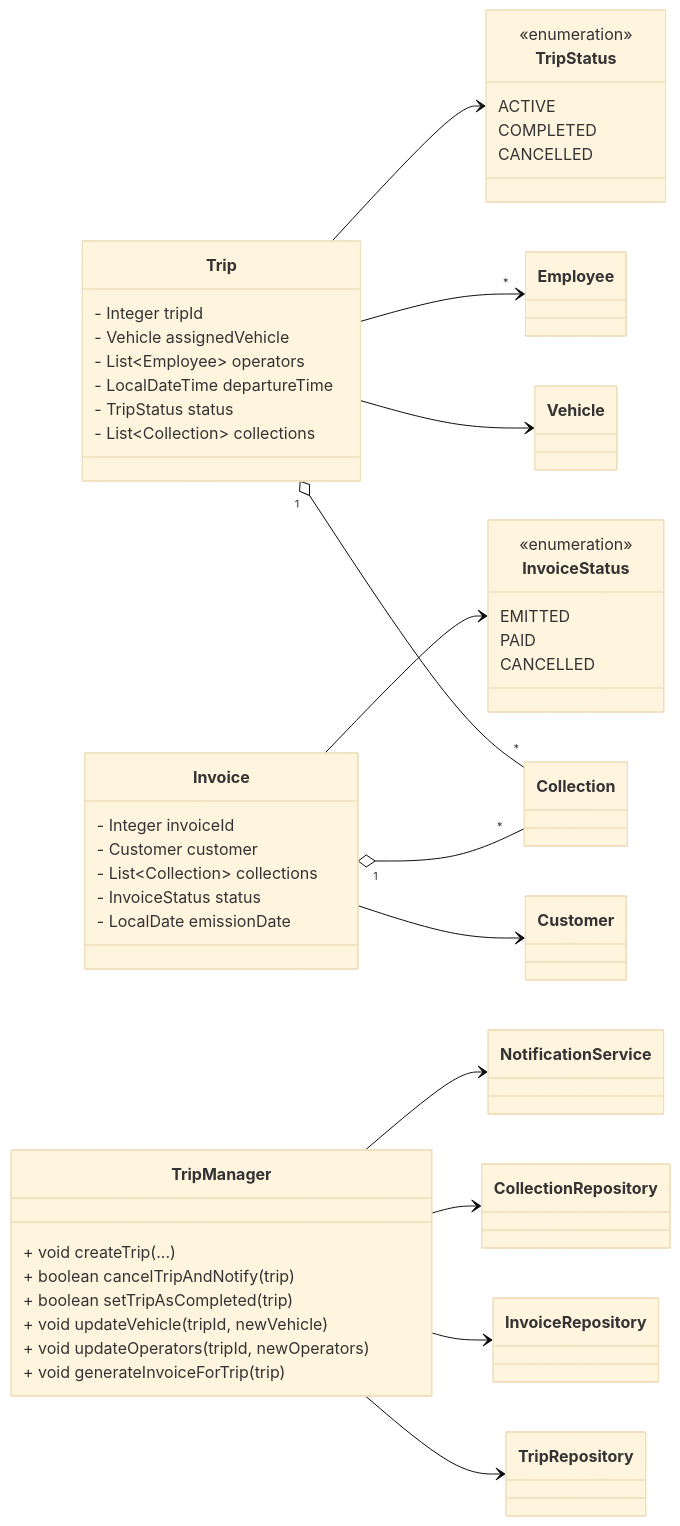
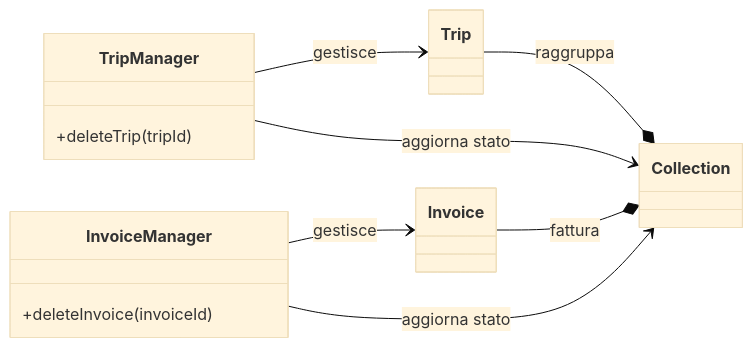
Before and after one commit to Alex-Cambrini/pss24-25-WasteMaster-Cambrini-Ferrari-Ragazzini: diagram 12 of 14 in report.md, drawn with Mermaid (base theme). The commit also changed other lines of this file, not shown here.

````diff
--- a/report.md
+++ b/report.md
@@ -811,64 +793,21 @@
 ```mermaid
 classDiagram
-  direction LR
+    direction LR
 
-  class Trip {
-    - Integer tripId
-    - Vehicle assignedVehicle
-    - List~Employee~ operators
-    - LocalDateTime departureTime
-    - TripStatus status
-    - List~Collection~ collections
-  }
+    class TripManager {
+      +deleteTrip(tripId)
+    }
+    class InvoiceManager {
+      +deleteInvoice(invoiceId)
+    }
+    class Trip
+    class Invoice
+    class Collection
 
-  class Invoice {
-    - Integer invoiceId
-    - Customer customer
-    - List~Collection~ collections
-    - InvoiceStatus status
-    - LocalDate emissionDate
-  }
-
-  class TripManager {
-    + void createTrip(...)
-    + boolean cancelTripAndNotify(trip)
-    + boolean setTripAsCompleted(trip)
-    + void updateVehicle(tripId, newVehicle)
-    + void updateOperators(tripId, newOperators)
-    + void generateInvoiceForTrip(trip)
-  }
-
-  class TripRepository
-  class InvoiceRepository
-  class CollectionRepository
-  class Vehicle
-  class Employee
-  class Customer
-  class NotificationService
-
-  class TripStatus {
-    <<enumeration>>
-    ACTIVE
-    COMPLETED
-    CANCELLED
-  }
-
-  class InvoiceStatus {
-    <<enumeration>>
-    EMITTED
-    PAID
-    CANCELLED
-  }
-
-  TripManager --> TripRepository
-  TripManager --> InvoiceRepository
-  TripManager --> CollectionRepository
-  TripManager --> NotificationService
-  Trip "1" o-- "*" Collection
-  Trip --> Vehicle
-  Trip --> "*" Employee
-  Invoice "1" o-- "*" Collection
-  Invoice --> Customer
-  Trip --> TripStatus
-  Invoice --> InvoiceStatus
+    TripManager --> Trip : gestisce
+    InvoiceManager --> Invoice : gestisce
+    Trip --* Collection : raggruppa
+    Invoice --* Collection : fattura
+    TripManager --> Collection : aggiorna stato
+    InvoiceManager --> Collection : aggiorna stato
 ```
````
